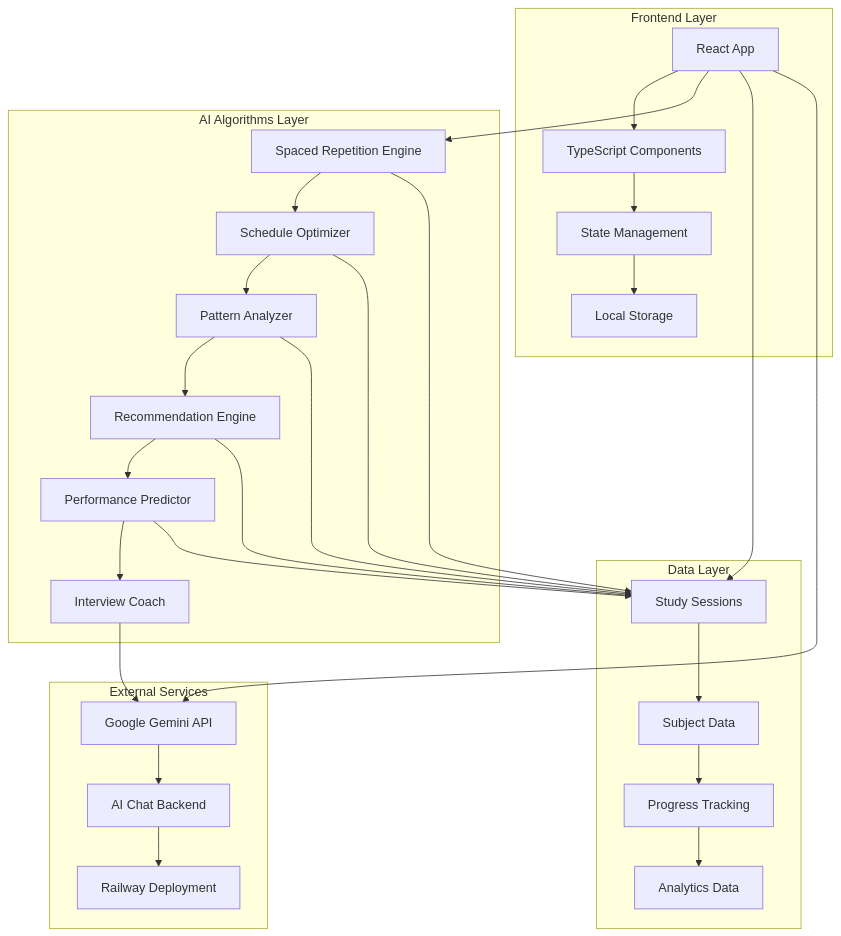
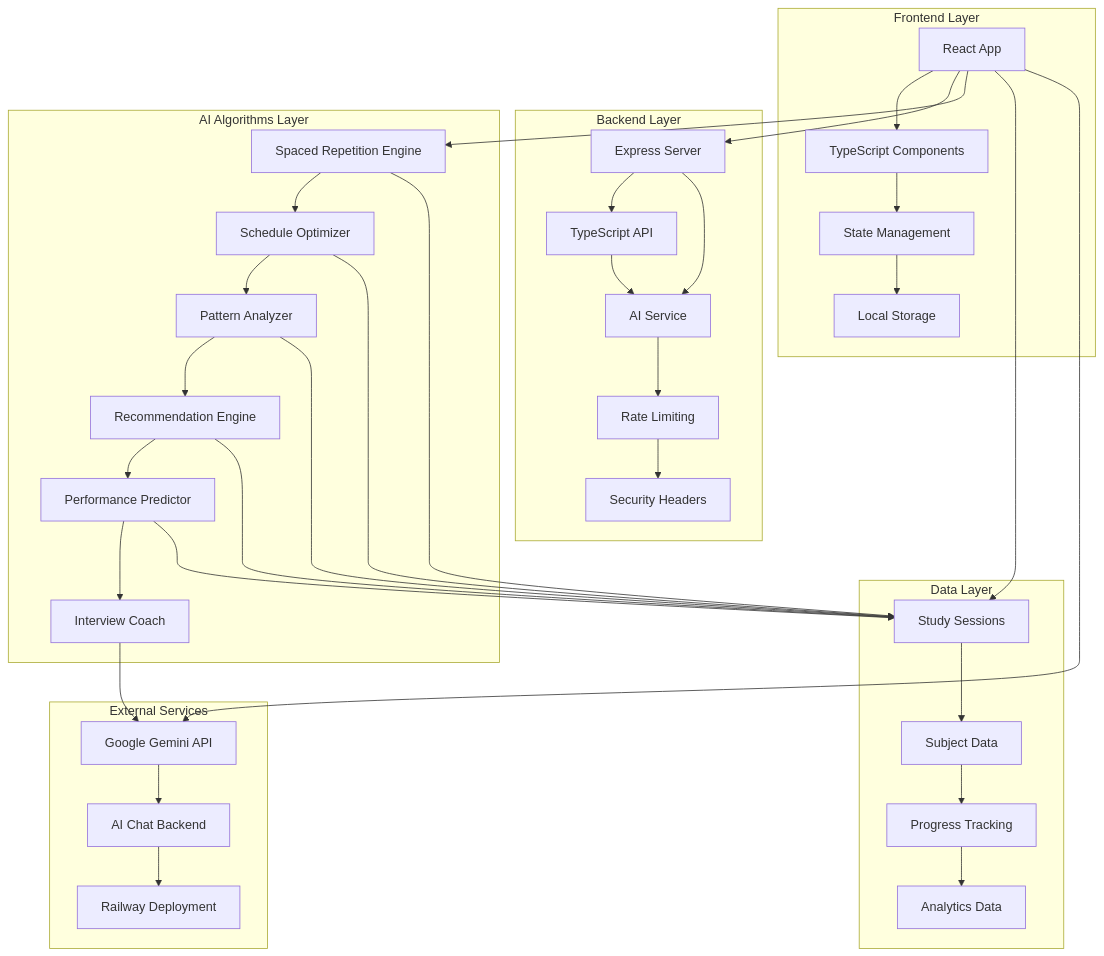
Before and after one commit to sanketmuchhala/AIStudyBuddy: the diagram in README.md, drawn with Mermaid. The commit also changed other lines of this file and 11 other files, not shown here.

````diff
--- a/README.md
+++ b/README.md
@@ -41,37 +41,46 @@
 ```mermaid
 graph TB
     subgraph "Frontend Layer"
         A[React App] --> B[TypeScript Components]
         B --> C[State Management]
         C --> D[Local Storage]
     end
     
+    subgraph "Backend Layer"
+        E[Express Server] --> F[TypeScript API]
+        F --> G[AI Service]
+        G --> H[Rate Limiting]
+        H --> I[Security Headers]
+    end
+    
     subgraph "AI Algorithms Layer"
-        E[Spaced Repetition Engine] --> F[Schedule Optimizer]
-        F --> G[Pattern Analyzer]
-        G --> H[Recommendation Engine]
-        H --> I[Performance Predictor]
-        I --> J[Interview Coach]
+        J[Spaced Repetition Engine] --> K[Schedule Optimizer]
+        K --> L[Pattern Analyzer]
+        L --> M[Recommendation Engine]
+        M --> N[Performance Predictor]
+        N --> O[Interview Coach]
     end
     
     subgraph "Data Layer"
-        K[Study Sessions] --> L[Subject Data]
-        L --> M[Progress Tracking]
-        M --> N[Analytics Data]
+        P[Study Sessions] --> Q[Subject Data]
+        Q --> R[Progress Tracking]
+        R --> S[Analytics Data]
     end
     
     subgraph "External Services"
-        O[Google Gemini API] --> P[AI Chat Backend]
-        P --> Q[Railway Deployment]
+        T[Google Gemini API] --> U[AI Chat Backend]
+        U --> V[Railway Deployment]
     end
     
     A --> E
-    A --> K
-    A --> O
-    E --> K
-    F --> K
-    G --> K
-    H --> K
-    I --> K
-    J --> O
+    A --> J
+    A --> P
+    A --> T
+    E --> G
+    J --> P
+    K --> P
+    L --> P
+    M --> P
+    N --> P
+    O --> T
 ```
````
